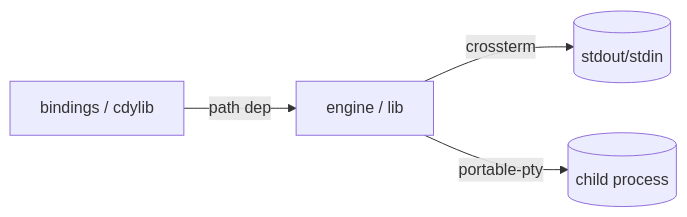
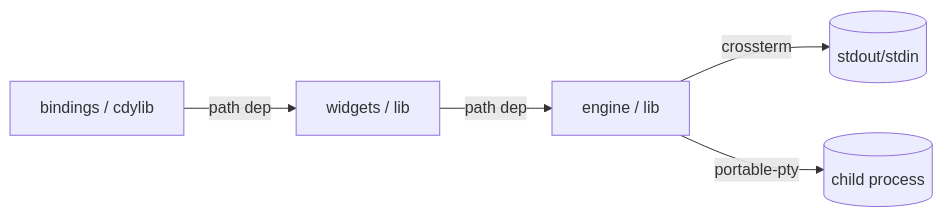
The third of 6 diagrams in docs/architecture/overview.md (localfirstai/bettertui), drawn with Mermaid before and after one commit. The commit also changed other lines of this file and 57 other files, not shown here.

````diff
--- a/docs/architecture/overview.md
+++ b/docs/architecture/overview.md
@@ -102,6 +103,7 @@
 ```mermaid
 graph LR
-    B[bindings / cdylib] -->|path dep| E[engine / lib]
+    B[bindings / cdylib] -->|path dep| W[widgets / lib]
+    W -->|path dep| E[engine / lib]
     E -->|crossterm| C1[(stdout/stdin)]
     E -->|portable-pty| C2[(child process)]
 ```
````
